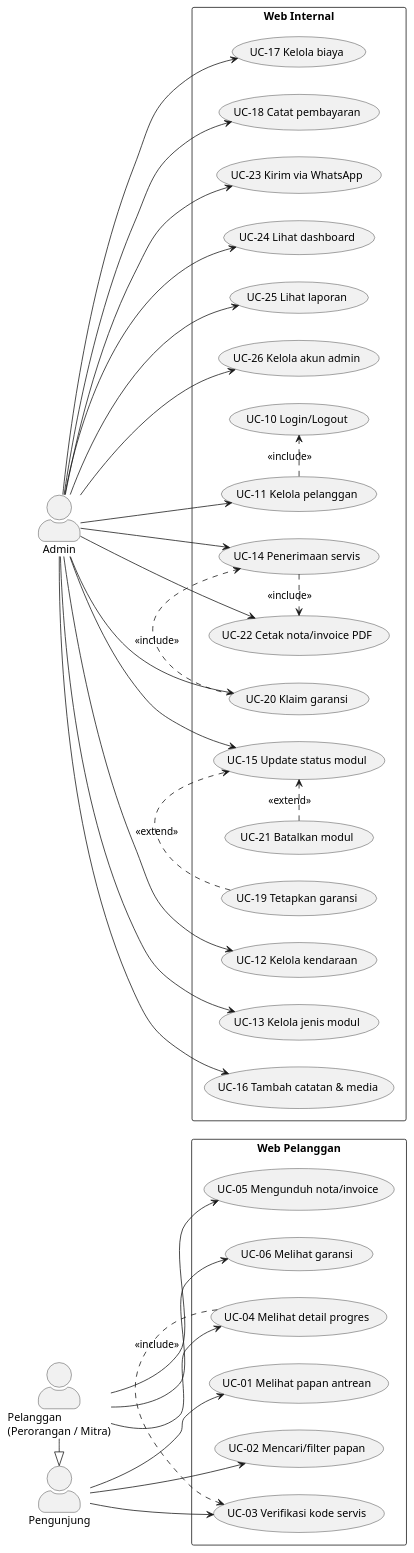
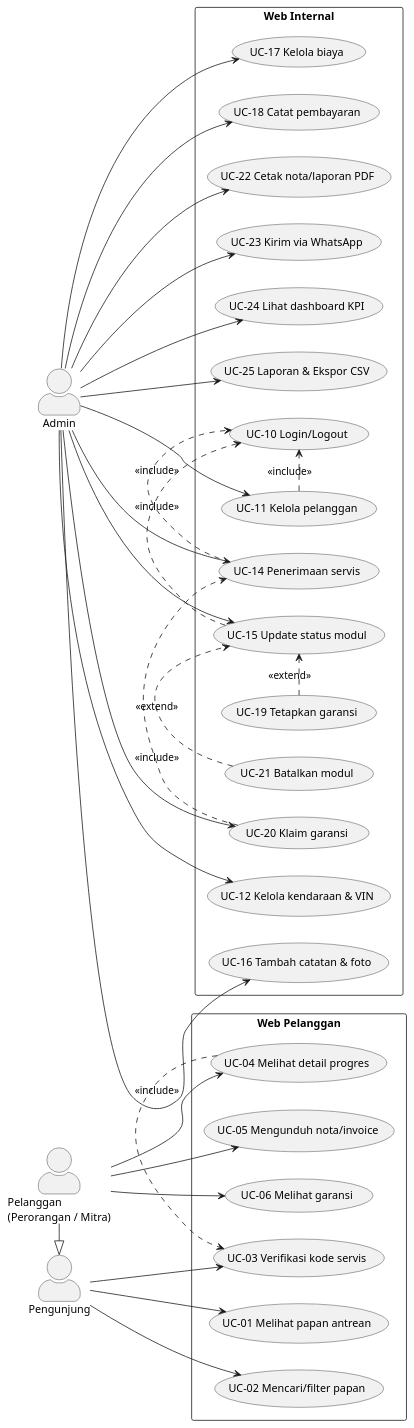
Before and after one commit to feb027/Capstone_Multitech: the diagram in docs/diagrams/use-case.puml, drawn with PlantUML. The commit also changed 13 other files, not shown here.

Commit message:
docs(capstone): sync specifications, add Mermaid architecture diagrams, UNSIL report materials, and comprehensive README

```diff
--- a/docs/diagrams/use-case.puml
+++ b/docs/diagrams/use-case.puml
@@ -1,67 +1,64 @@
 @startuml use-case
 left to right direction
 skinparam packageStyle rectangle
 skinparam actorStyle awesome
 
 actor "Pengunjung" as V
 actor "Pelanggan\n(Perorangan / Mitra)" as C
 actor "Admin" as A
 C -|> V
 
 rectangle "Web Pelanggan" {
   usecase "UC-01 Melihat papan antrean" as UC01
   usecase "UC-02 Mencari/filter papan" as UC02
   usecase "UC-03 Verifikasi kode servis" as UC03
   usecase "UC-04 Melihat detail progres" as UC04
   usecase "UC-05 Mengunduh nota/invoice" as UC05
   usecase "UC-06 Melihat garansi" as UC06
 }
 
 rectangle "Web Internal" {
   usecase "UC-10 Login/Logout" as UC10
   usecase "UC-11 Kelola pelanggan" as UC11
-  usecase "UC-12 Kelola kendaraan" as UC12
-  usecase "UC-13 Kelola jenis modul" as UC13
+  usecase "UC-12 Kelola kendaraan & VIN" as UC12
   usecase "UC-14 Penerimaan servis" as UC14
   usecase "UC-15 Update status modul" as UC15
-  usecase "UC-16 Tambah catatan & media" as UC16
+  usecase "UC-16 Tambah catatan & foto" as UC16
   usecase "UC-17 Kelola biaya" as UC17
   usecase "UC-18 Catat pembayaran" as UC18
   usecase "UC-19 Tetapkan garansi" as UC19
   usecase "UC-20 Klaim garansi" as UC20
   usecase "UC-21 Batalkan modul" as UC21
-  usecase "UC-22 Cetak nota/invoice PDF" as UC22
+  usecase "UC-22 Cetak nota/laporan PDF" as UC22
   usecase "UC-23 Kirim via WhatsApp" as UC23
-  usecase "UC-24 Lihat dashboard" as UC24
-  usecase "UC-25 Lihat laporan" as UC25
-  usecase "UC-26 Kelola akun admin" as UC26
+  usecase "UC-24 Lihat dashboard KPI" as UC24
+  usecase "UC-25 Laporan & Ekspor CSV" as UC25
 }
 
 V --> UC01
 V --> UC02
 V --> UC03
 C --> UC04
 C --> UC05
 C --> UC06
 UC04 .> UC03 : <<include>>
 
 A --> UC11
 A --> UC12
-A --> UC13
 A --> UC14
 A --> UC15
 A --> UC16
 A --> UC17
 A --> UC18
 A --> UC20
 A --> UC22
 A --> UC23
 A --> UC24
 A --> UC25
-A --> UC26
 UC11 .> UC10 : <<include>>
-UC14 .> UC22 : <<include>>
+UC14 .> UC10 : <<include>>
+UC15 .> UC10 : <<include>>
 UC20 .> UC14 : <<include>>
 UC19 .> UC15 : <<extend>>
 UC21 .> UC15 : <<extend>>
 @enduml
```
